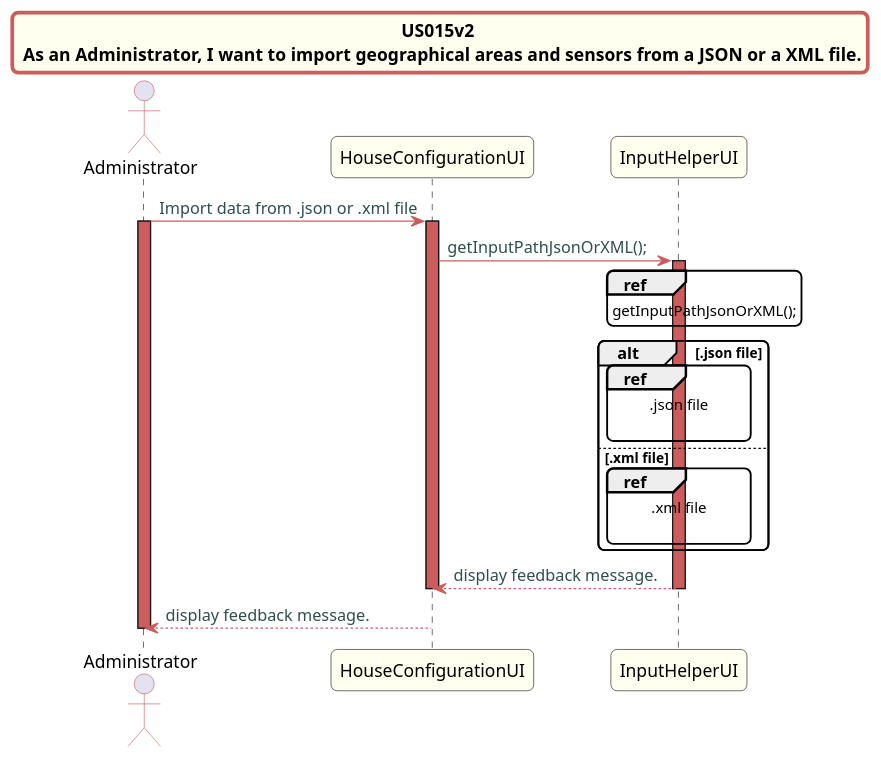
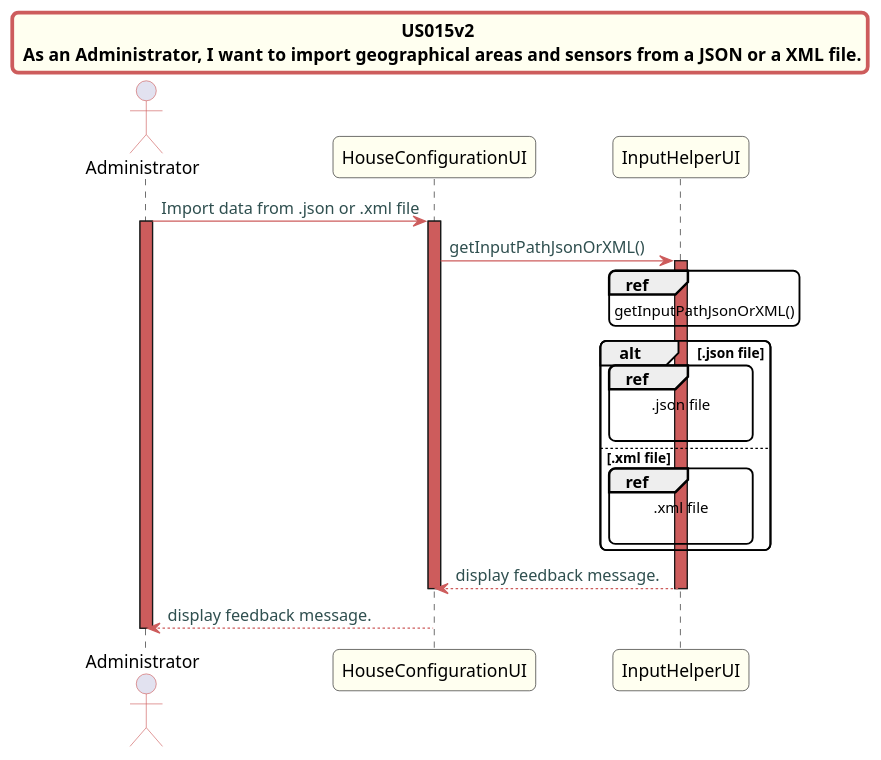
The diagram in src/doc/Controllers/HouseConfiguration/US15/US15v2_sd_HouseConfiguration.puml (Almadanmp/project), drawn with PlantUML before and after one commit. The commit also changed 3 other files, not shown here.

Commit message:
REF #178 updated class diagram and sequence diagram for us15v2

```diff
--- a/src/doc/Controllers/HouseConfiguration/US15/US15v2_sd_HouseConfiguration.puml
+++ b/src/doc/Controllers/HouseConfiguration/US15/US15v2_sd_HouseConfiguration.puml
@@ -1,57 +1,57 @@
 @startuml
 title US015v2 \n As an Administrator, I want to import geographical areas and sensors from a JSON or a XML file.
 skinparam titleBorderRoundCorner 10
 skinparam titleBorderThickness 3
 skinparam titleBorderColor indianred
 skinparam titleBackgroundColor ivory
 skinparam FontName quicksand
 
 skinparam actor {
   BorderColor indianred
   }
 
 skinparam sequence {
   LifeLineBackgroundColor indianred
   ParticipantBackgroundColor ivory
 }
 
 skinparam roundcorner 10
 
 skinparam component {
   arrowThickness 1
   ArrowFontName Verdana
   ArrowColor indianred
   ArrowFontColor darkslategrey
 }
 
 
 actor Administrator
 Administrator -> HouseConfigurationUI: Import data from .json or .xml file
 activate Administrator
 activate HouseConfigurationUI
-HouseConfigurationUI -> InputHelperUI: getInputPathJsonOrXML();
+HouseConfigurationUI -> InputHelperUI: getInputPathJsonOrXML()
 activate InputHelperUI
 
 ref over InputHelperUI
-getInputPathJsonOrXML();
+getInputPathJsonOrXML()
 end ref
 alt .json file
 
 ref over InputHelperUI
 .json file
 
 end ref
 else .xml file
 ref over InputHelperUI
 .xml file
 
 end
 end alt
 InputHelperUI --> HouseConfigurationUI: display feedback message.
 deactivate InputHelperUI
 
 deactivate HouseConfigurationUI
 HouseConfigurationUI --> Administrator: display feedback message.
 deactivate Administrator
 
 @enduml
```
